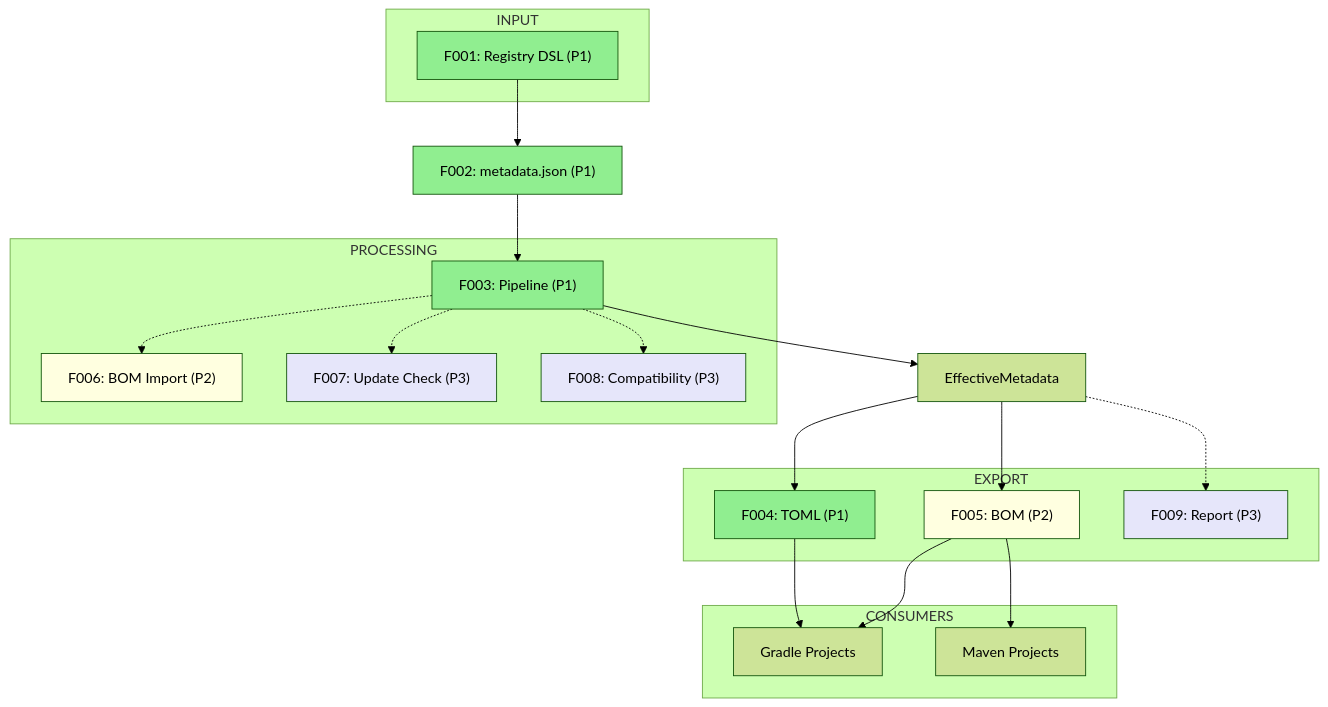
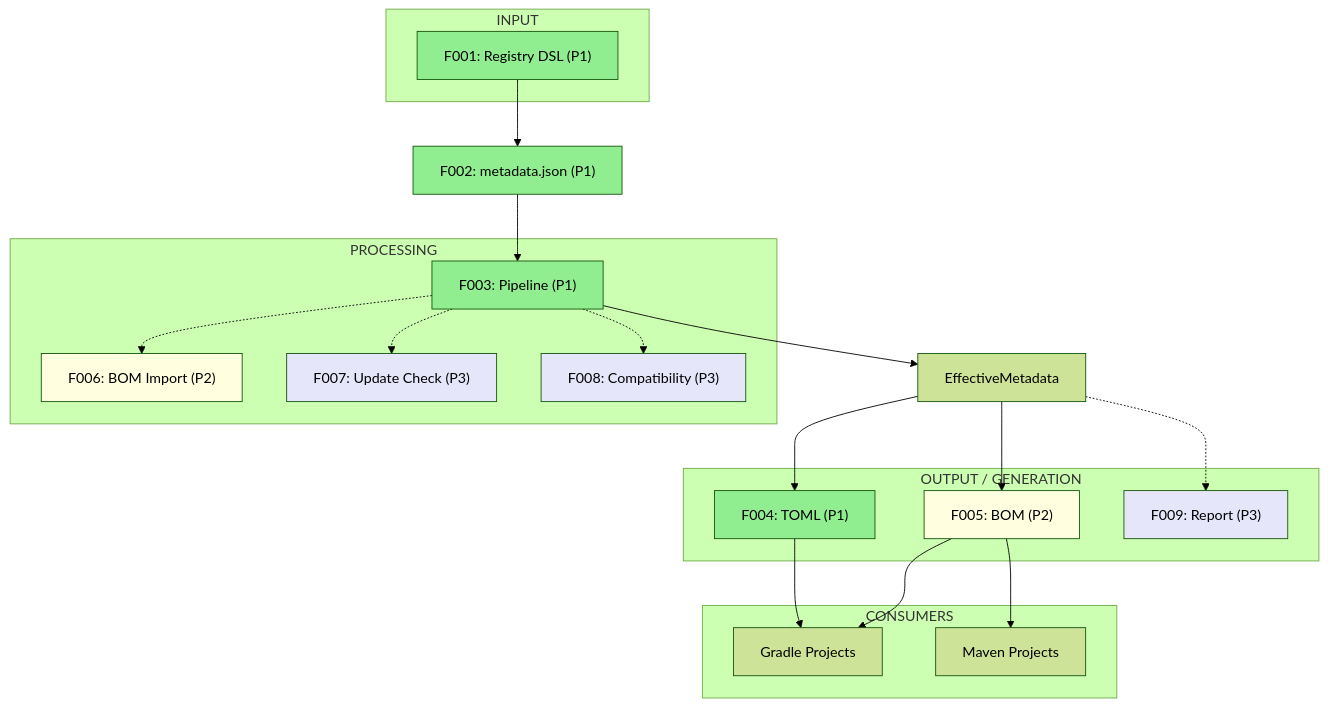
The first of 2 diagrams in docs/02-features/index.adoc (zenhelix/dependanger), drawn with Mermaid (forest theme) before and after one commit. The commit also changed 9 other files, not shown here.

```diff
--- a/docs/02-features/index.adoc
+++ b/docs/02-features/index.adoc
@@ -16,51 +16,51 @@
 [mermaid,target=architecture-flow,format=svg]
 ----
 flowchart TD
     subgraph Inputs["INPUT"]
         F001["F001: Registry DSL (P1)"]
     end
 
     F001 --> F002["F002: metadata.json (P1)"]
 
     subgraph Processing["PROCESSING"]
         F003["F003: Pipeline (P1)"]
         F006["F006: BOM Import (P2)"]
         F007["F007: Update Check (P3)"]
         F008["F008: Compatibility (P3)"]
     end
 
     F002 --> F003
     F003 -.-> F006
     F003 -.-> F007
     F003 -.-> F008
     F003 --> EM["EffectiveMetadata"]
 
-    subgraph Export["EXPORT"]
+    subgraph Output["OUTPUT / GENERATION"]
         F004["F004: TOML (P1)"]
         F005["F005: BOM (P2)"]
         F009["F009: Report (P3)"]
     end
 
     EM --> F004
     EM --> F005
     EM -.-> F009
 
     subgraph Consumers["CONSUMERS"]
         Gradle["Gradle Projects"]
         Maven["Maven Projects"]
     end
 
     F004 --> Gradle
     F005 --> Maven
     F005 --> Gradle
 
     style F001 fill:#90EE90
     style F002 fill:#90EE90
     style F003 fill:#90EE90
     style F004 fill:#90EE90
     style F005 fill:#FFFFE0
     style F006 fill:#FFFFE0
     style F007 fill:#E6E6FA
     style F008 fill:#E6E6FA
     style F009 fill:#E6E6FA
 ----
```
